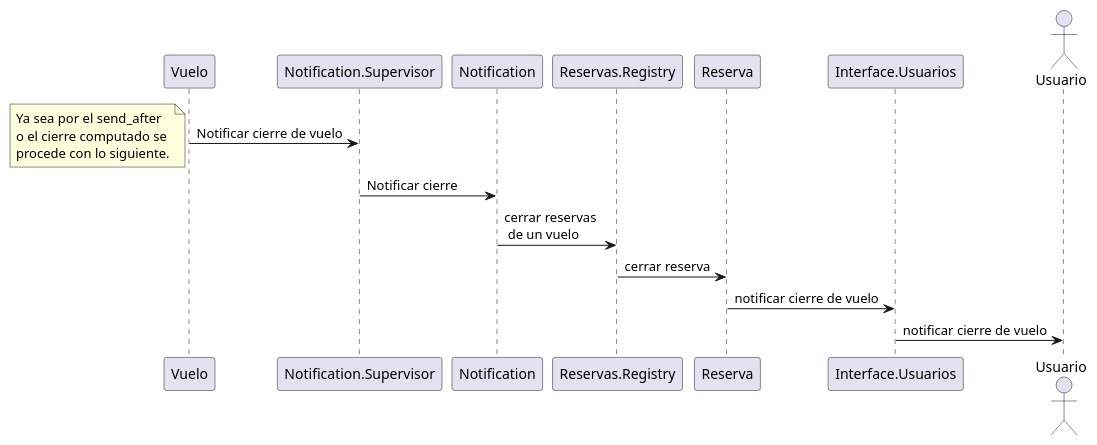
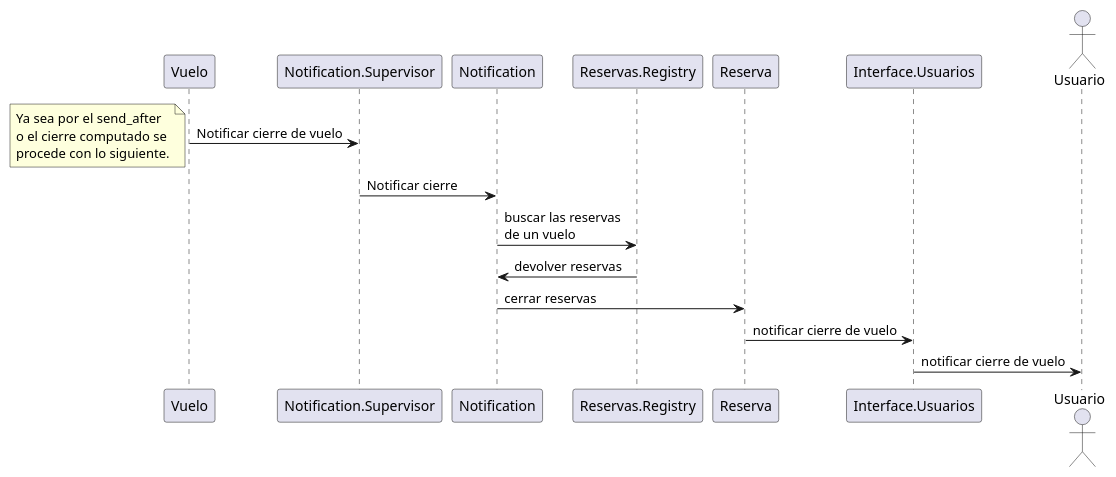
One commit to NicoMadd/levantar-vuelo changed the diagram in diagrams/secuencia_cierre_de_vuelo.puml. Above: the diagram before and after it, drawn with PlantUML. The commit also changed 7 other files, not shown here.

Commit message:
actualizo los diferentes diagramas de secuencia

```diff
--- a/diagrams/secuencia_cierre_de_vuelo.puml
+++ b/diagrams/secuencia_cierre_de_vuelo.puml
@@ -1,19 +1,20 @@
 @startuml Secuencia Cierre de vuelo
 
 participant Vuelo
 participant Notification.Supervisor
 participant Notification
 participant Reservas.Registry
 participant Reserva
 participant Interface.Usuarios
 actor Usuario
 
 Vuelo -> Notification.Supervisor: Notificar cierre de vuelo
 note left: Ya sea por el send_after \no el cierre computado se \nprocede con lo siguiente.
 Notification.Supervisor -> Notification: Notificar cierre
-Notification -> Reservas.Registry: cerrar reservas\n de un vuelo
-Reservas.Registry -> Reserva: cerrar reserva
+Notification -> Reservas.Registry: buscar las reservas\nde un vuelo
+Reservas.Registry -> Notification: devolver reservas
+Notification -> Reserva: cerrar reservas
 Reserva -> Interface.Usuarios: notificar cierre de vuelo
 Interface.Usuarios -> Usuario: notificar cierre de vuelo
 
 @enduml
```
